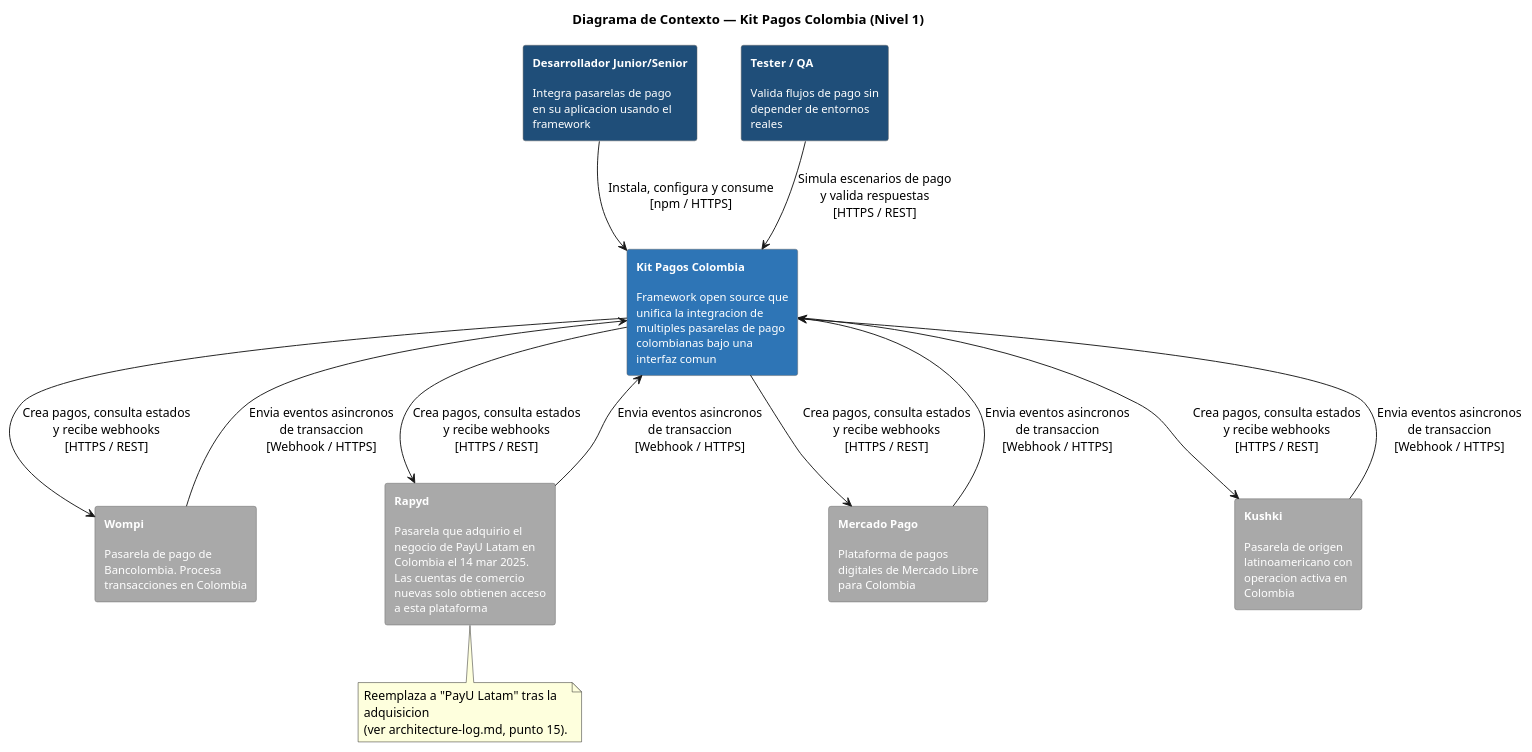
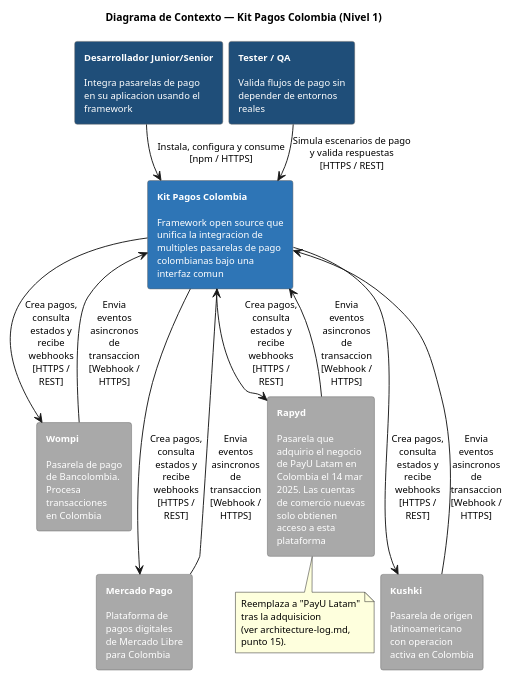
One commit to PurosBrothers/Kit-Pagos-Colombia---Tesis changed the diagram in docs/architecture/SDK/diagrams-source/context-diagram.puml. Above: the diagram before and after it, drawn with PlantUML. The commit also changed 87 other files, not shown here.

```diff
--- a/docs/architecture/SDK/diagrams-source/context-diagram.puml
+++ b/docs/architecture/SDK/diagrams-source/context-diagram.puml
@@ -1,42 +1,52 @@
 @startuml Context Diagram - SDK
 title Diagrama de Contexto — Kit Pagos Colombia (Nivel 1)
 skinparam backgroundColor white
-skinparam rectangleFontSize 12
-skinparam wrapWidth 220
+skinparam defaultFontName Helvetica
+skinparam defaultFontSize 10
+skinparam titleFontSize 11
+skinparam rectangleFontSize 10
+skinparam ArrowFontSize 10
+skinparam NoteFontSize 10
+skinparam nodesep 6
+skinparam ranksep 18
 skinparam rectangle {
   BorderColor #666666
   ArrowColor #666666
   FontColor white
 }
 
 rectangle "**Desarrollador Junior/Senior**\n\nIntegra pasarelas de pago\nen su aplicacion usando el\nframework" as Dev #1F4E79
 rectangle "**Tester / QA**\n\nValida flujos de pago sin\ndepender de entornos\nreales" as QA #1F4E79
 
 rectangle "**Kit Pagos Colombia**\n\nFramework open source que\nunifica la integracion de\nmultiples pasarelas de pago\ncolombianas bajo una\ninterfaz comun" as KitPagos #2E75B6
 
-rectangle "**Wompi**\n\nPasarela de pago de\nBancolombia. Procesa\ntransacciones en Colombia" as Wompi #A9A9A9
-rectangle "**Rapyd**\n\nPasarela que adquirio el\nnegocio de PayU Latam en\nColombia el 14 mar 2025.\nLas cuentas de comercio\nnuevas solo obtienen acceso\na esta plataforma" as Rapyd #A9A9A9
-rectangle "**Mercado Pago**\n\nPlataforma de pagos\ndigitales de Mercado Libre\npara Colombia" as MercadoPago #A9A9A9
-rectangle "**Kushki**\n\nPasarela de origen\nlatinoamericano con\noperacion activa en\nColombia" as Kushki #A9A9A9
+rectangle "**Wompi**\n\nPasarela de pago\nde Bancolombia.\nProcesa\ntransacciones\nen Colombia" as Wompi #A9A9A9
+rectangle "**Rapyd**\n\nPasarela que\nadquirio el negocio\nde PayU Latam en\nColombia el 14 mar\n2025. Las cuentas\nde comercio nuevas\nsolo obtienen\nacceso a esta\nplataforma" as Rapyd #A9A9A9
+rectangle "**Mercado Pago**\n\nPlataforma de\npagos digitales\nde Mercado Libre\npara Colombia" as MercadoPago #A9A9A9
+rectangle "**Kushki**\n\nPasarela de origen\nlatinoamericano\ncon operacion\nactiva en Colombia" as Kushki #A9A9A9
 
 Dev --> KitPagos : Instala, configura y consume\n[npm / HTTPS]
 QA --> KitPagos : Simula escenarios de pago\ny valida respuestas\n[HTTPS / REST]
 
-KitPagos --> Wompi : Crea pagos, consulta estados\ny recibe webhooks\n[HTTPS / REST]
-Wompi --> KitPagos : Envia eventos asincronos\nde transaccion\n[Webhook / HTTPS]
+KitPagos --> Wompi : Crea pagos,\nconsulta\nestados y\nrecibe\nwebhooks\n[HTTPS /\nREST]
+KitPagos <-- Wompi : Envia\neventos\nasincronos\nde\ntransaccion\n[Webhook /\nHTTPS]
 
-KitPagos --> Rapyd : Crea pagos, consulta estados\ny recibe webhooks\n[HTTPS / REST]
-Rapyd --> KitPagos : Envia eventos asincronos\nde transaccion\n[Webhook / HTTPS]
+KitPagos --> Rapyd : Crea pagos,\nconsulta\nestados y\nrecibe\nwebhooks\n[HTTPS /\nREST]
+KitPagos <-- Rapyd : Envia\neventos\nasincronos\nde\ntransaccion\n[Webhook /\nHTTPS]
 
-KitPagos --> MercadoPago : Crea pagos, consulta estados\ny recibe webhooks\n[HTTPS / REST]
-MercadoPago --> KitPagos : Envia eventos asincronos\nde transaccion\n[Webhook / HTTPS]
+KitPagos --> MercadoPago : Crea pagos,\nconsulta\nestados y\nrecibe\nwebhooks\n[HTTPS /\nREST]
+KitPagos <-- MercadoPago : Envia\neventos\nasincronos\nde\ntransaccion\n[Webhook /\nHTTPS]
 
-KitPagos --> Kushki : Crea pagos, consulta estados\ny recibe webhooks\n[HTTPS / REST]
-Kushki --> KitPagos : Envia eventos asincronos\nde transaccion\n[Webhook / HTTPS]
+KitPagos --> Kushki : Crea pagos,\nconsulta\nestados y\nrecibe\nwebhooks\n[HTTPS /\nREST]
+KitPagos <-- Kushki : Envia\neventos\nasincronos\nde\ntransaccion\n[Webhook /\nHTTPS]
 
+Wompi -[hidden]down- MercadoPago
+Rapyd -[hidden]down- Kushki
 note bottom of Rapyd
-  Reemplaza a "PayU Latam" tras la adquisicion
-  (ver architecture-log.md, punto 15).
+  Reemplaza a "PayU Latam"
+  tras la adquisicion
+  (ver architecture-log.md,
+  punto 15).
 end note
 
 @enduml
```
